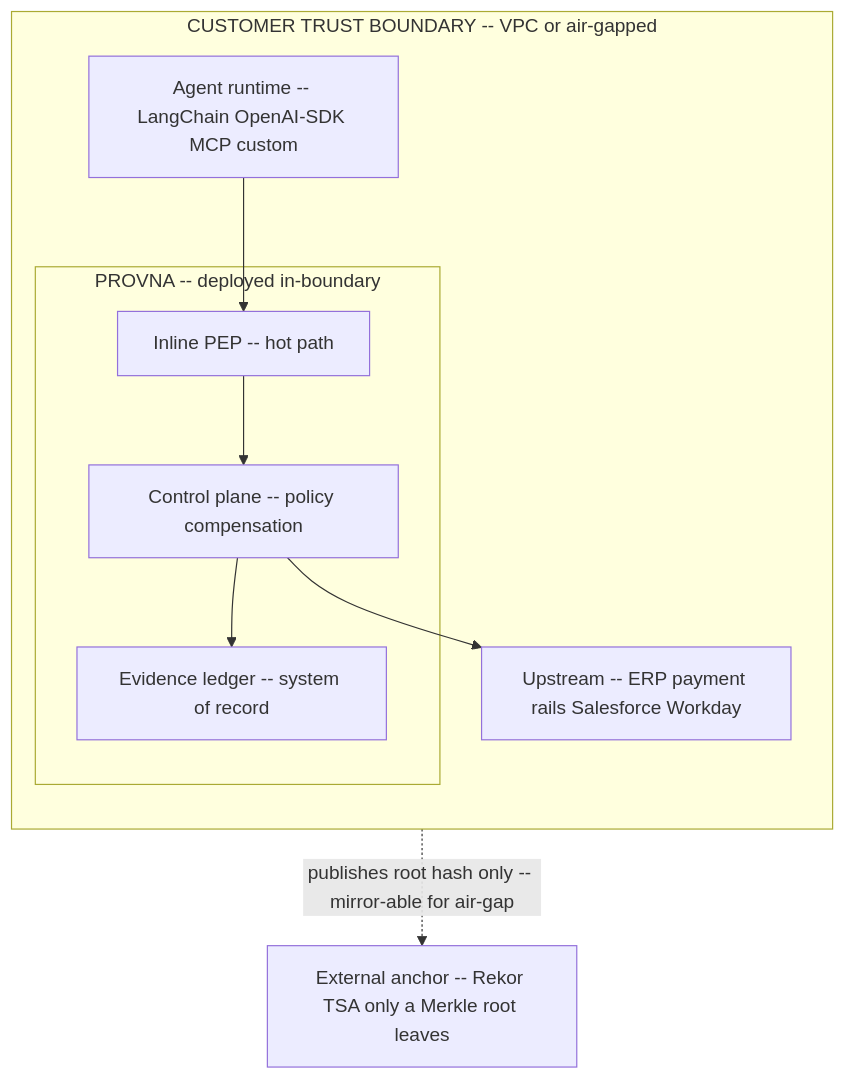
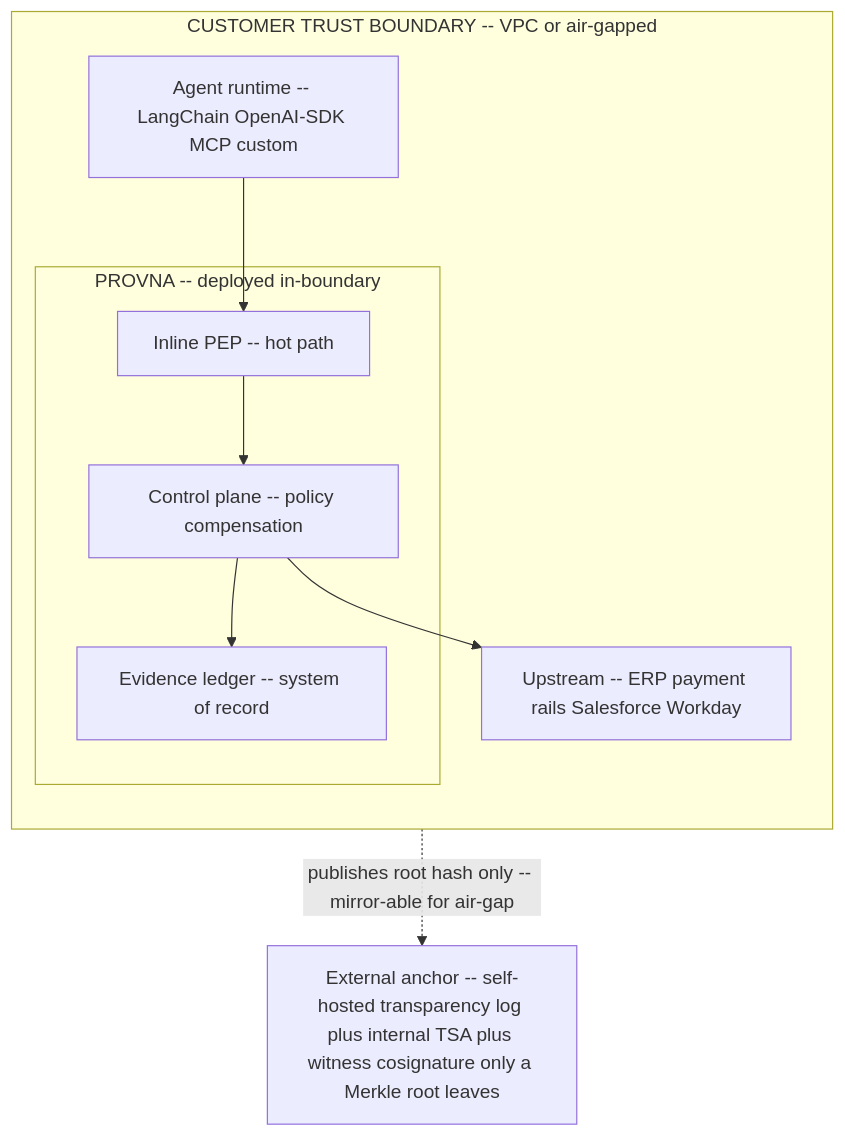
The diagram in docs/decisions/0013-deployment-vpc-airgapped-k8s-helm.md (HodeTech/provna), drawn with Mermaid before and after one commit. The commit also changed other lines of this file and 24 other files, not shown here.

````diff
--- a/docs/decisions/0013-deployment-vpc-airgapped-k8s-helm.md
+++ b/docs/decisions/0013-deployment-vpc-airgapped-k8s-helm.md
@@ -19,16 +19,16 @@
 ```mermaid
 flowchart TB
     subgraph CB["CUSTOMER TRUST BOUNDARY -- VPC or air-gapped"]
         direction TB
         AG["Agent runtime -- LangChain OpenAI-SDK MCP custom"] --> PEP
         subgraph PROVNA["PROVNA -- deployed in-boundary"]
             PEP["Inline PEP -- hot path"]
             CP["Control plane -- policy compensation"]
             LED["Evidence ledger -- system of record"]
         end
         PEP --> CP --> UP["Upstream -- ERP payment rails Salesforce Workday"]
         CP --> LED
     end
-    ANCHOR["External anchor -- Rekor TSA only a Merkle root leaves"]
+    ANCHOR["External anchor -- self-hosted transparency log plus internal TSA plus witness cosignature only a Merkle root leaves"]
     LED -.->|"publishes root hash only -- mirror-able for air-gap"| ANCHOR
 ```
````
